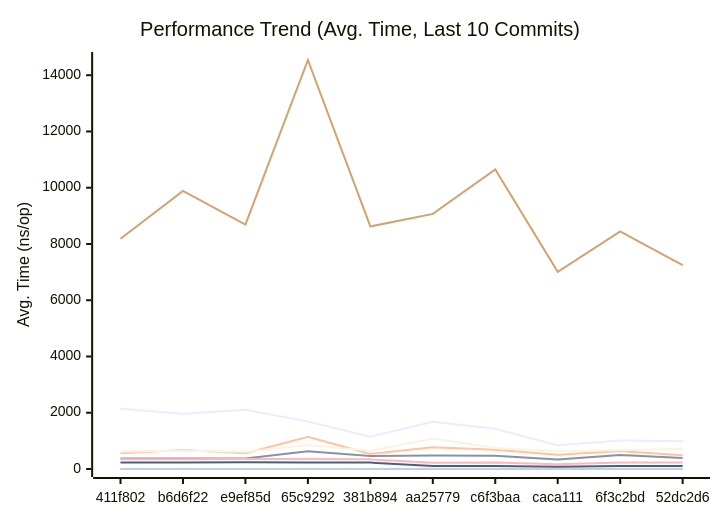
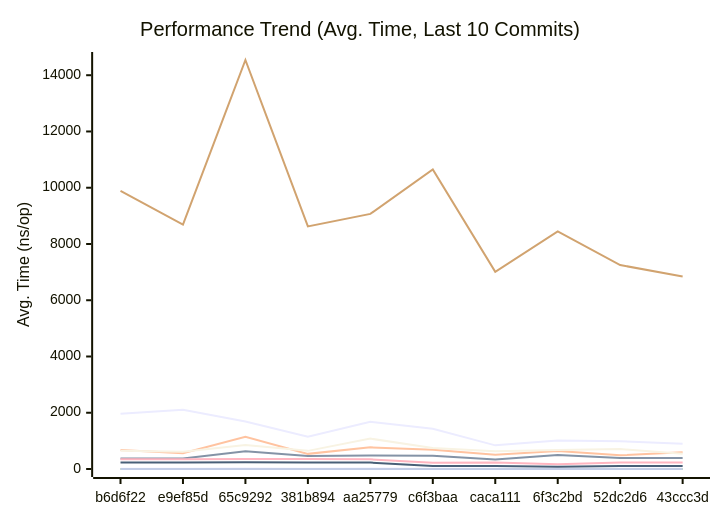
The first of 3 diagrams in docs/PERFORMANCE.md (alsotoes/momo), drawn with Mermaid before and after one commit. The commit also changed other lines of this file and 3 other files, not shown here.

````diff
--- a/docs/PERFORMANCE.md
+++ b/docs/PERFORMANCE.md
@@ -128,18 +128,18 @@
 ```mermaid
 xychart-beta
     title "Performance Trend (Avg. Time, Last 10 Commits)"
     x-axis "Commit"
     y-axis "Avg. Time (ns/op)"
-    x-axis [411f802,b6d6f22,e9ef85d,65c9292,381b894,aa25779,c6f3baa,caca111,6f3c2bd,52dc2d6]
-    line "CheckMetricsAndSwap" [11,9,9,14,13,17,12,10,9,10]
-    line "CrushOptimized" [375,375,377,635,462,481,472,342,495,390]
-    line "CrushOriginal" [560,677,563,1141,538,771,688,503,637,485]
-    line "IndexDirectTracking" [0,1,0,1,1,0,1,0,0,0]
-    line "IndexSearch" [2,2,2,4,3,4,4,3,3,3]
-    line "LoadGlobalConfig" [8185,9886,8691,14541,8623,9070,10649,7011,8444,7250]
-    line "PadString" [3,3,3,3,3,3,3,2,3,3]
+    x-axis [b6d6f22,e9ef85d,65c9292,381b894,aa25779,c6f3baa,caca111,6f3c2bd,52dc2d6,43ccc3d]
+    line "CheckMetricsAndSwap" [9,9,14,13,17,12,10,9,10,11]
+    line "CrushOptimized" [375,377,635,462,481,472,342,495,390,390]
+    line "CrushOriginal" [677,563,1141,538,771,688,503,637,485,595]
+    line "IndexDirectTracking" [1,0,1,1,0,1,0,0,0,0]
+    line "IndexSearch" [2,2,4,3,4,4,3,3,3,3]
+    line "LoadGlobalConfig" [9886,8691,14541,8623,9070,10649,7011,8444,7250,6847]
+    line "PadString" [3,3,3,3,3,3,2,3,3,3]
     line "ParseReplicationOrder_NoPrealloc" [350,349,357,354,345,225,229,165,232,234]
     line "ParseReplicationOrder_Prealloc" [229,231,237,234,229,108,107,80,110,109]
-    line "SanitizeLog/Safe" [626,647,610,855,645,1080,747,628,673,708]
-    line "SanitizeLog/Unsafe" [2138,1962,2106,1691,1147,1679,1432,841,1013,990]
+    line "SanitizeLog/Safe" [647,610,855,645,1080,747,628,673,708,538]
+    line "SanitizeLog/Unsafe" [1962,2106,1691,1147,1679,1432,841,1013,990,899]
 ```
````
